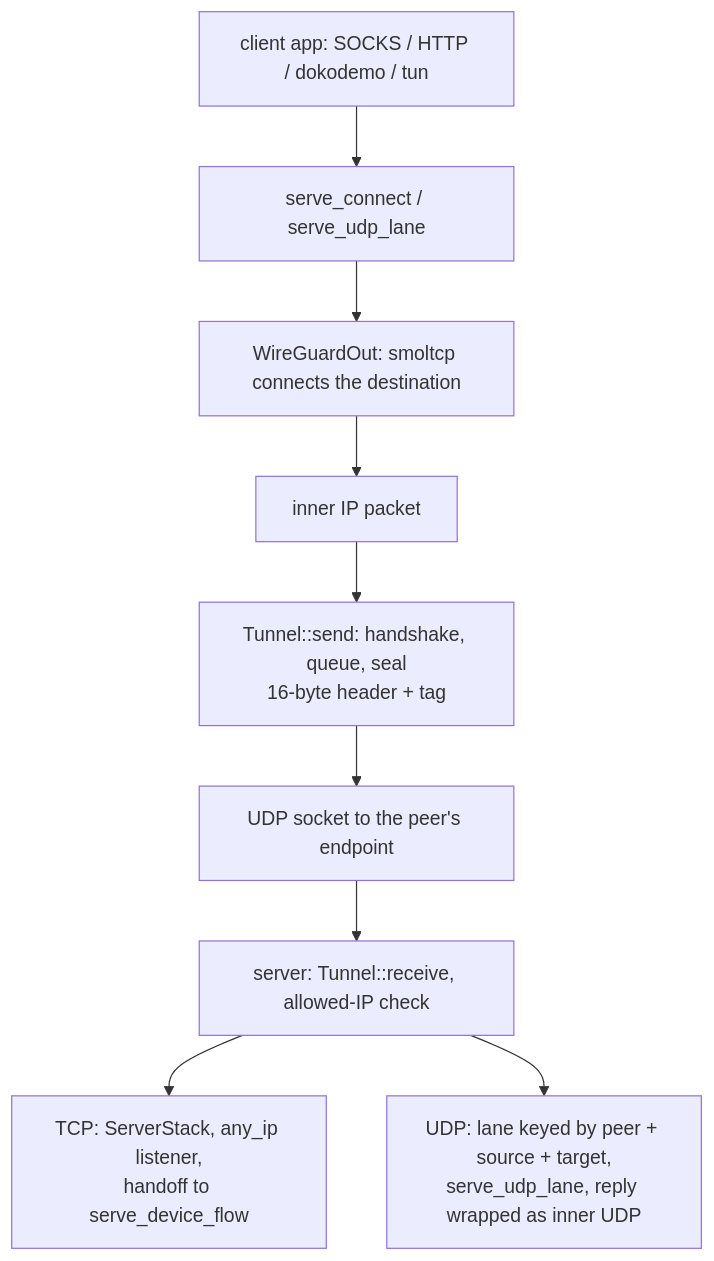
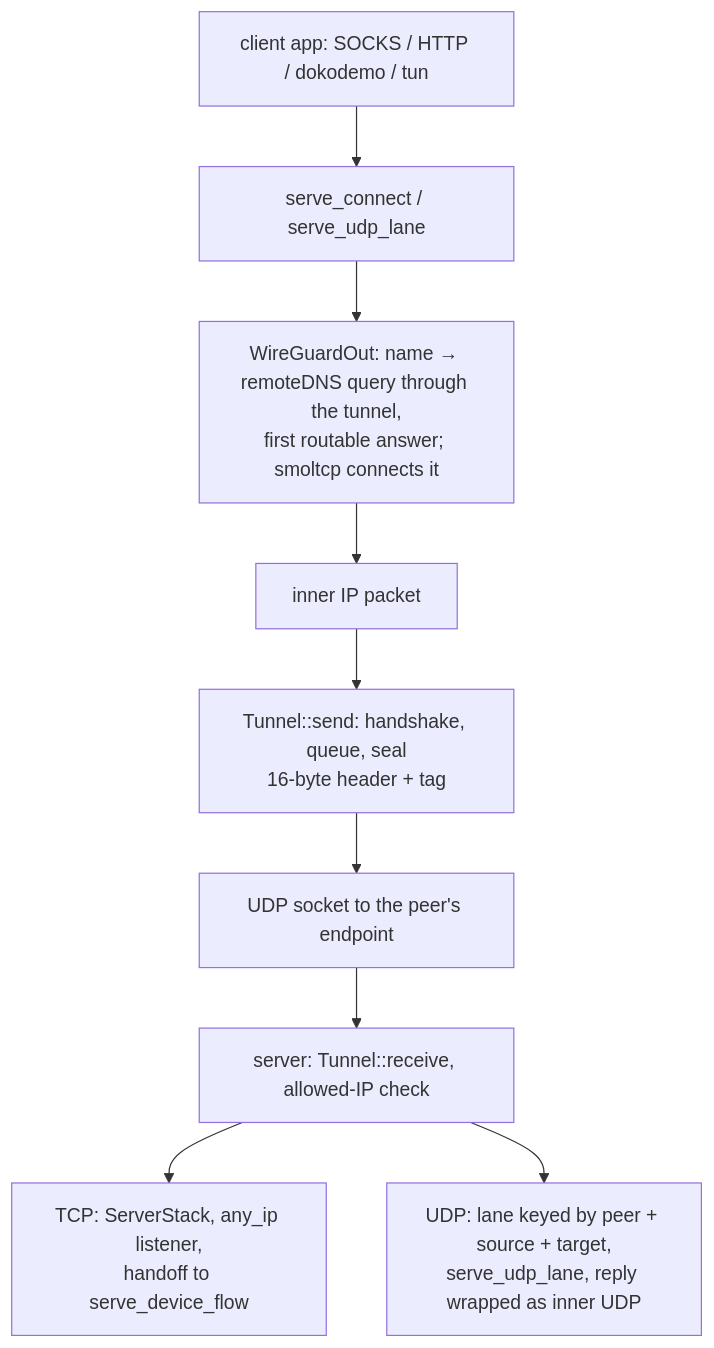
One commit to Ferrocite/ferrox changed the diagram in docs/function/wireguard.md. Above: the diagram before and after it, drawn with Mermaid. The commit also changed other lines of this file and 4 other files, not shown here.

Commit message:
wireguard: resolve names through remoteDNS

````diff
--- a/docs/function/wireguard.md
+++ b/docs/function/wireguard.md
@@ -21,11 +21,11 @@
 ```mermaid
 graph TD
     A["client app: SOCKS / HTTP / dokodemo / tun"] --> B["serve_connect / serve_udp_lane"]
-    B --> C["WireGuardOut: smoltcp connects the destination"]
+    B --> C["WireGuardOut: name → remoteDNS query through the tunnel,<br/>first routable answer; smoltcp connects it"]
     C --> D["inner IP packet"]
     D --> E["Tunnel::send: handshake, queue, seal<br/>16-byte header + tag"]
     E --> F["UDP socket to the peer's endpoint"]
     F --> G["server: Tunnel::receive, allowed-IP check"]
     G --> H["TCP: ServerStack, any_ip listener,<br/>handoff to serve_device_flow"]
     G --> I["UDP: lane keyed by peer + source + target,<br/>serve_udp_lane, reply wrapped as inner UDP"]
 ```
````
